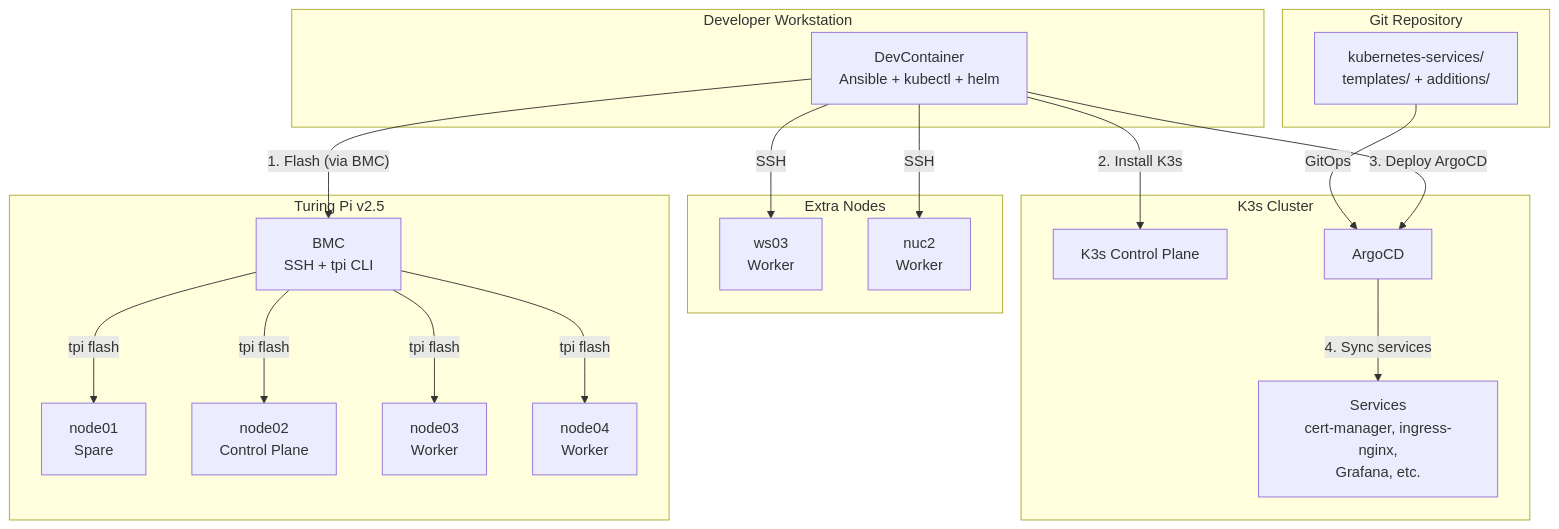
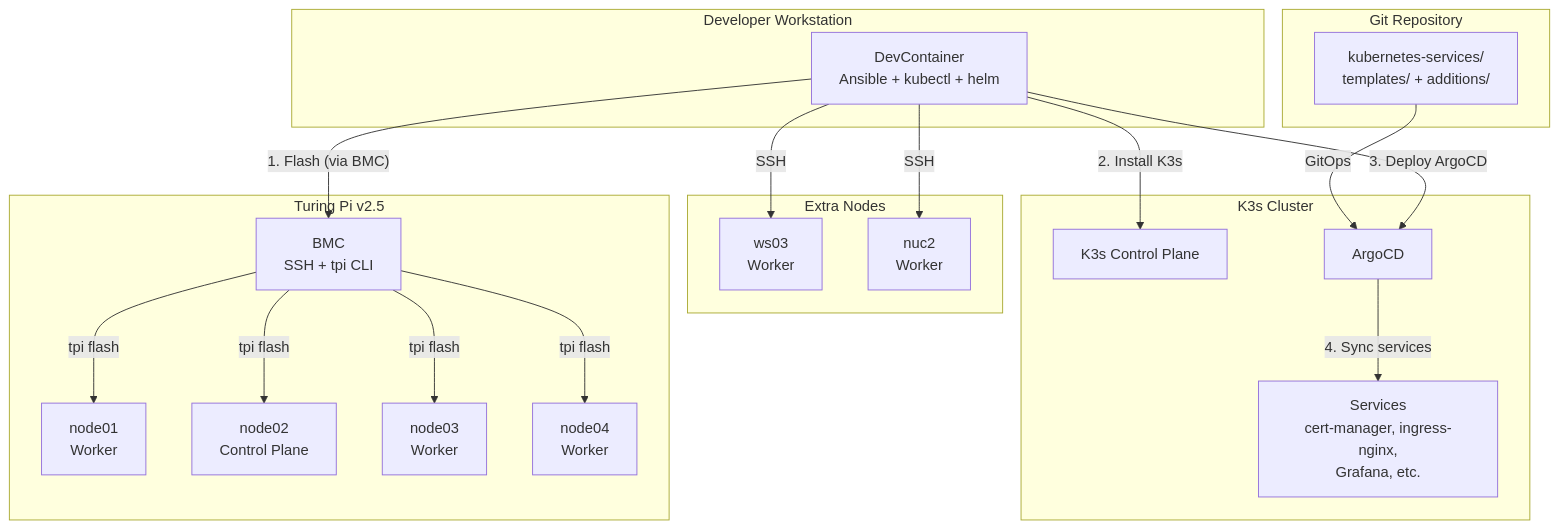
Before and after one commit to gilesknap/tpi-k3s-ansible: the first of 3 diagrams in docs/explanations/architecture.md, drawn with Mermaid. The commit also changed 1 other file, not shown here.

Commit message:
recover-control-plane: correct the stale podCIDR cause, fuller cleanup
- The unreachable pods came from a stale /run/flannel/subnet.env left
  by the agent uninstall, not from the snapshot. Say so, note that the
  restore now prevents it, keep deleting the pods as the fallback, and
  add the same prevention when the old server is kept as a worker.
- The old-server cleanup also removes the etcd_backup role's script,
  config, state, NAS fstab entry and metric files (stale metrics would
  hide K3sEtcdBackupMetricsMissing).
- k3s-apparmor-profile.service is only installed where AppArmor is on.
- Say why server/token stays after a restore.
- Link the PV-move step to node-operations now that it exists.
- architecture.md shows node01 as a worker, matching common-setup.md.

Claude-Session: https://claude.ai/code/session_01Uybqz3piADGxY2FtQeygDd

````diff
--- a/docs/explanations/architecture.md
+++ b/docs/explanations/architecture.md
@@ -11,37 +11,37 @@
 ```mermaid
 flowchart TB
     subgraph Workstation["Developer Workstation"]
         DC[DevContainer<br/>Ansible + kubectl + helm]
     end
 
     subgraph TuringPi["Turing Pi v2.5"]
         BMC[BMC<br/>SSH + tpi CLI]
-        N1[node01<br/>Spare]
+        N1[node01<br/>Worker]
         N2[node02<br/>Control Plane]
         N3[node03<br/>Worker]
         N4[node04<br/>Worker]
     end
 
     subgraph Extra["Extra Nodes"]
         E1[ws03<br/>Worker]
         E2[nuc2<br/>Worker]
     end
 
     subgraph Cluster["K3s Cluster"]
         K3S[K3s Control Plane]
         ARGO[ArgoCD]
         SVC[Services<br/>cert-manager, ingress-nginx,<br/>Grafana, etc.]
     end
 
     subgraph Git["Git Repository"]
         REPO["kubernetes-services/<br/>templates/ + additions/"]
     end
 
     DC -->|"1. Flash (via BMC)"| BMC
     BMC -->|"tpi flash"| N1 & N2 & N3 & N4
     DC -->|"2. Install K3s"| K3S
     DC -->|"3. Deploy ArgoCD"| ARGO
     ARGO -->|"4. Sync services"| SVC
     REPO -->|"GitOps"| ARGO
     DC -->|"SSH"| E1 & E2
 ```
````
